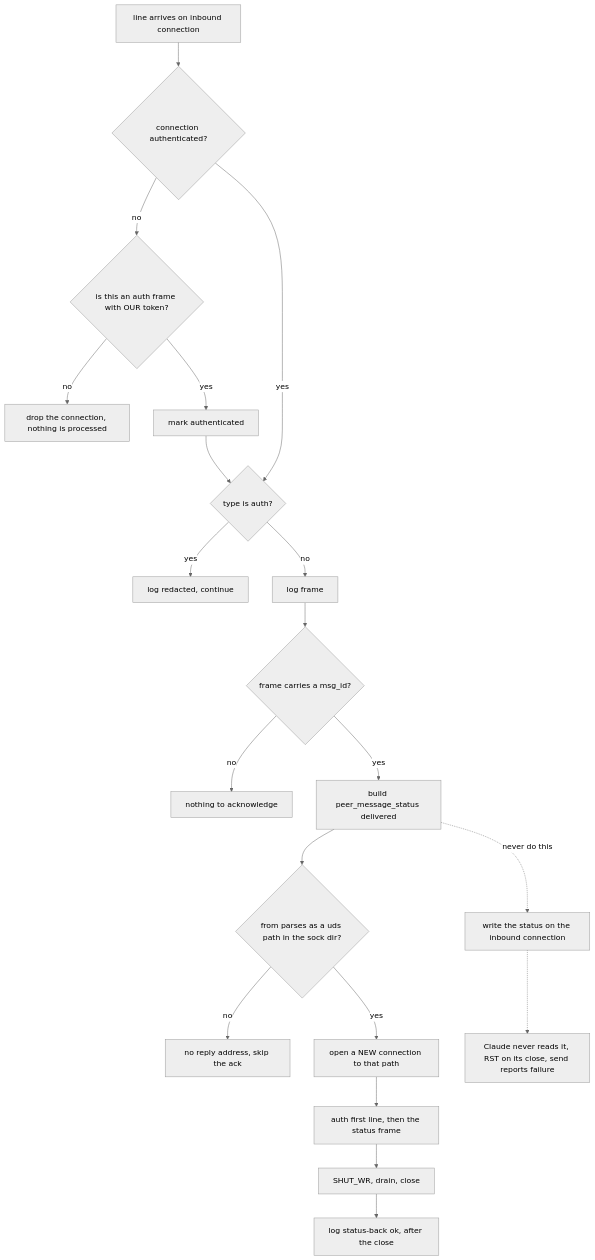
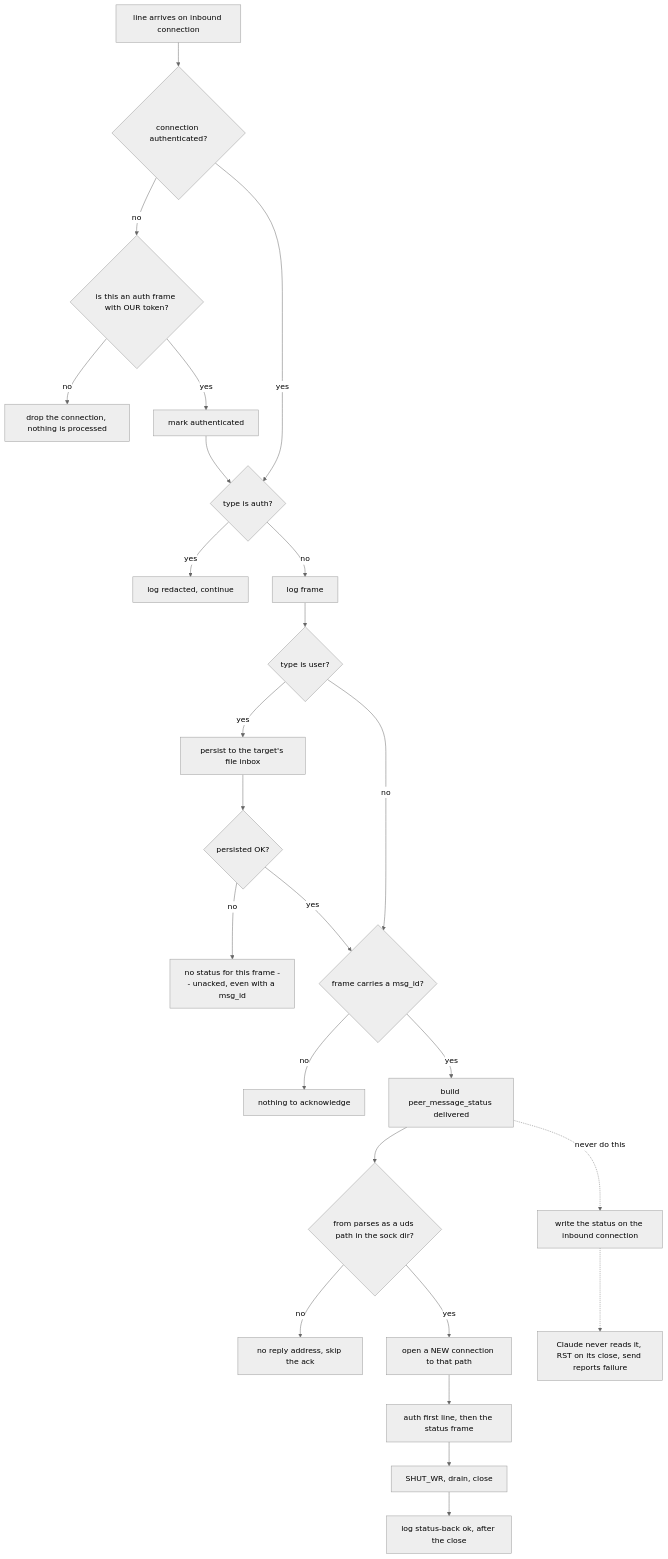
One commit to danbarua/agent-bus changed the second of 2 diagrams in docs/UDS-protocol.md. Above: the diagram before and after it, drawn with Mermaid (neutral theme). The commit also changed other lines of this file and 1 other file, not shown here.

````diff
--- a/docs/UDS-protocol.md
+++ b/docs/UDS-protocol.md
@@ -135,22 +142,27 @@
 ```mermaid
 flowchart TD
     A["line arrives on inbound connection"] --> Z{"connection authenticated?"}
     Z -->|no| ZA{"is this an auth frame with OUR token?"}
     ZA -->|no| ZB["drop the connection, nothing is processed"]
     ZA -->|yes| ZC["mark authenticated"]
     ZC --> B{"type is auth?"}
     Z -->|yes| B
     B -->|yes| C["log redacted, continue"]
     B -->|no| D["log frame"]
-    D --> E{"frame carries a msg_id?"}
+    D --> D1{"type is user?"}
+    D1 -->|yes| D2["persist to the target's file inbox"]
+    D2 --> D3{"persisted OK?"}
+    D3 -->|no| D4["no status for this frame -- unacked, even with a msg_id"]
+    D3 -->|yes| E
+    D1 -->|no| E{"frame carries a msg_id?"}
     E -->|no| F["nothing to acknowledge"]
     E -->|yes| G["build peer_message_status delivered"]
     G --> H{"from parses as a uds path in the sock dir?"}
     H -->|no| I["no reply address, skip the ack"]
     H -->|yes| J["open a NEW connection to that path"]
     J --> K["auth first line, then the status frame"]
     K --> L["SHUT_WR, drain, close"]
     L --> M["log status-back ok, after the close"]
     G -.->|never do this| X["write the status on the inbound connection"]
     X -.-> Y["Claude never reads it, RST on its close, send reports failure"]
 ```
````
